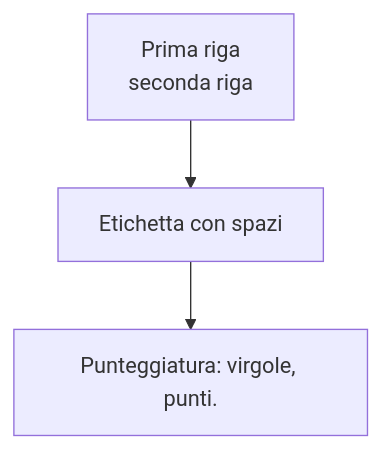
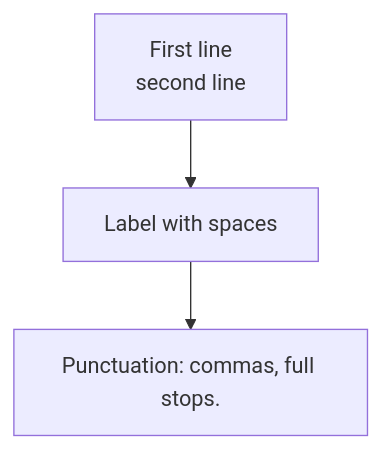
One commit to pablolok/claude-skills changed the second of 6 diagrams in published/workflow/mermaid-diagrams/smoke-test.md. Above: the diagram before and after it, drawn with Mermaid. The commit also changed other lines of this file and 37 other files, not shown here.

First line of the commit message:
feat(mermaid-diagrams, writing-architecture-docs, typescript-react-standards): 1.1.0 — English, generic, no project's stack

````diff
--- a/published/workflow/mermaid-diagrams/smoke-test.md
+++ b/published/workflow/mermaid-diagrams/smoke-test.md
@@ -23,5 +23,5 @@
 ```mermaid
 flowchart TD
-    A["Prima riga<br/>seconda riga"] --> B["Etichetta con spazi"]
-    B --> C["Punteggiatura: virgole, punti."]
+    A["First line<br/>second line"] --> B["Label with spaces"]
+    B --> C["Punctuation: commas, full stops."]
 ```
````
